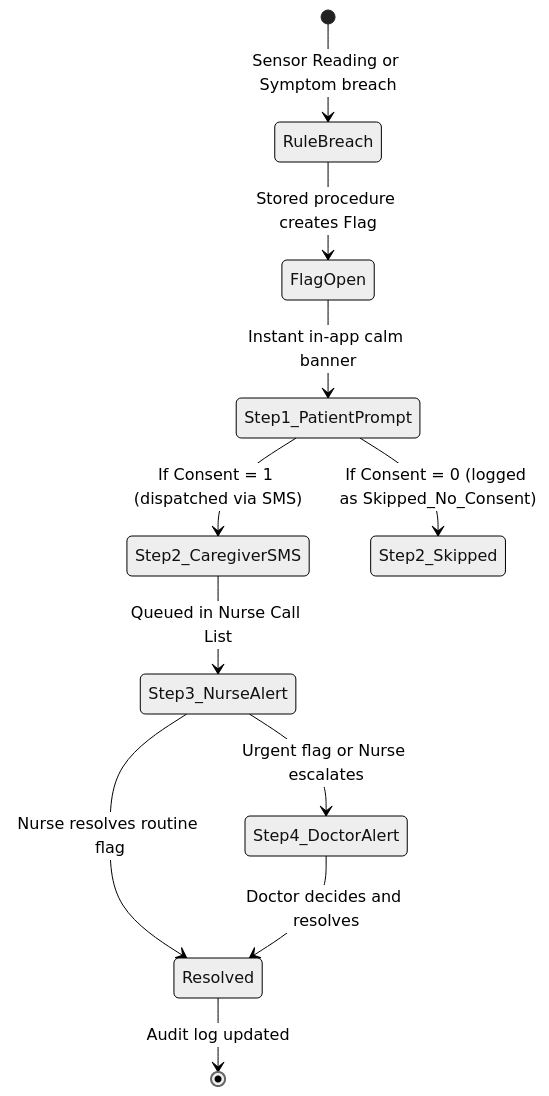
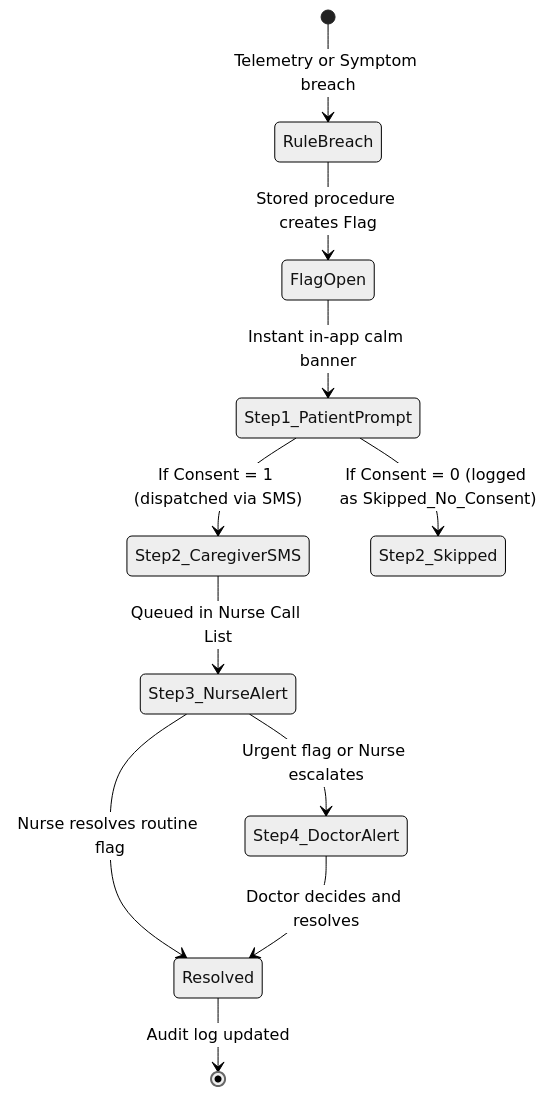
Before and after one commit to yugantverma0009/Careloop: the second of 2 diagrams in PROJECT_GUIDE.md, drawn with Mermaid (neutral theme). The commit also changed other lines of this file and 31 other files, not shown here.

````diff
--- a/PROJECT_GUIDE.md
+++ b/PROJECT_GUIDE.md
@@ -234,13 +209,13 @@
 ```mermaid
 stateDiagram-v2
-    [*] --> RuleBreach: Sensor Reading or Symptom breach
+    [*] --> RuleBreach: Telemetry or Symptom breach
     RuleBreach --> FlagOpen: Stored procedure creates Flag
     FlagOpen --> Step1_PatientPrompt: Instant in-app calm banner
     Step1_PatientPrompt --> Step2_CaregiverSMS: If Consent = 1 (dispatched via SMS)
     Step1_PatientPrompt --> Step2_Skipped: If Consent = 0 (logged as Skipped_No_Consent)
     Step2_CaregiverSMS --> Step3_NurseAlert: Queued in Nurse Call List
     Step3_NurseAlert --> Resolved: Nurse resolves routine flag
     Step3_NurseAlert --> Step4_DoctorAlert: Urgent flag or Nurse escalates
     Step4_DoctorAlert --> Resolved: Doctor decides and resolves
     Resolved --> [*]: Audit log updated
 ```
````
